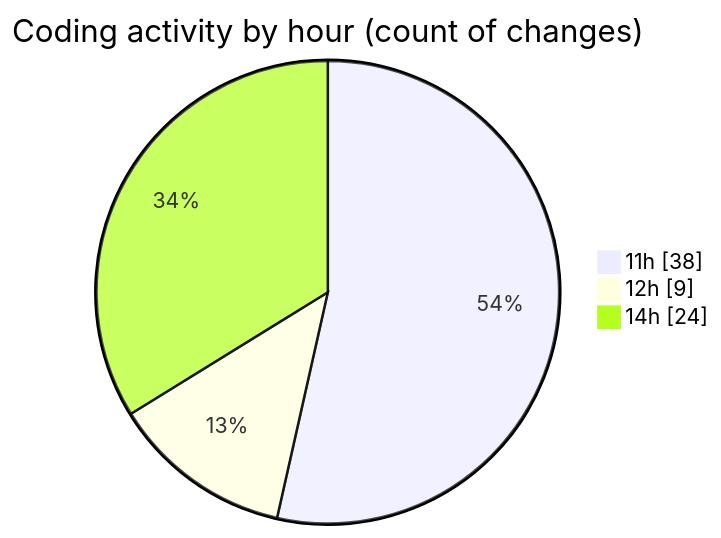
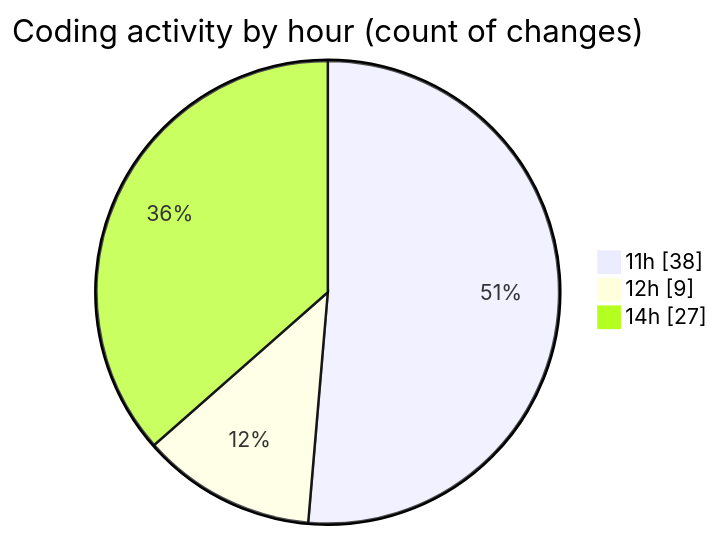
Before and after one commit to momahboobian/code-tracking: the second of 2 diagrams in 2026-03-19/commonwealth-front-end-task/README.md, drawn with Mermaid. The commit also changed other lines of this file and 1 other file, not shown here.

````diff
--- a/2026-03-19/commonwealth-front-end-task/README.md
+++ b/2026-03-19/commonwealth-front-end-task/README.md
@@ -51,7 +51,7 @@
 ```mermaid
 pie showData
 title Coding activity by hour (count of changes)
 "11h" : 38
 "12h" : 9
-"14h" : 24
+"14h" : 27
 ```
````
